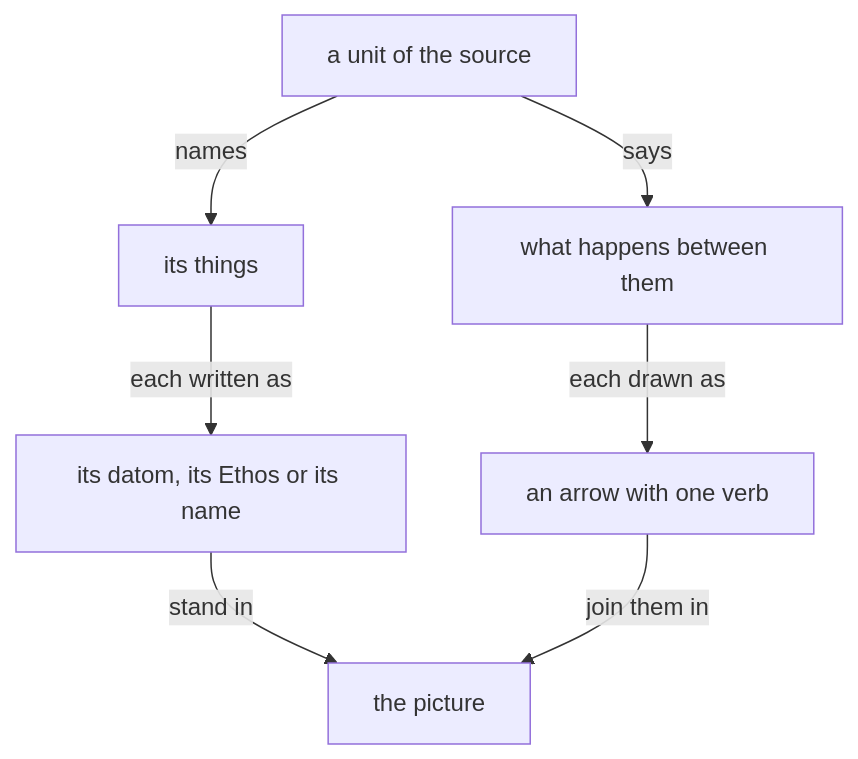
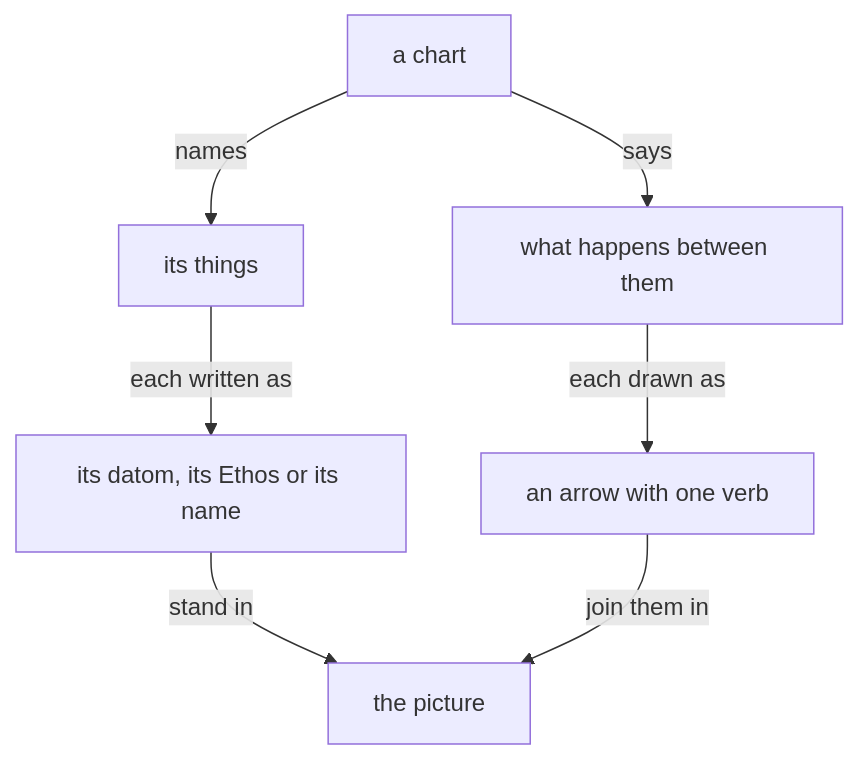
One commit to LiGoldragon/mind-belief changed the first of 2 diagrams in notion/visualizer/0.md. Above: the diagram before and after it, drawn with Mermaid. The commit also changed other lines of this file, not shown here.

Commit message:
Draw charts and code; return prose units to the Designer

````diff
--- a/notion/visualizer/0.md
+++ b/notion/visualizer/0.md
@@ -8,9 +8,9 @@
 ```mermaid
 flowchart TB
-    u["a unit of the source"] -- "names" --> t["its things"]
+    u["a chart"] -- "names" --> t["its things"]
     u -- "says" --> c["what happens between them"]
     t -- "each written as" --> s["its datom, its Ethos or its name"]
     c -- "each drawn as" --> r["an arrow with one verb"]
     s -- "stand in" --> p["the picture"]
     r -- "join them in" --> p
 ```
````
